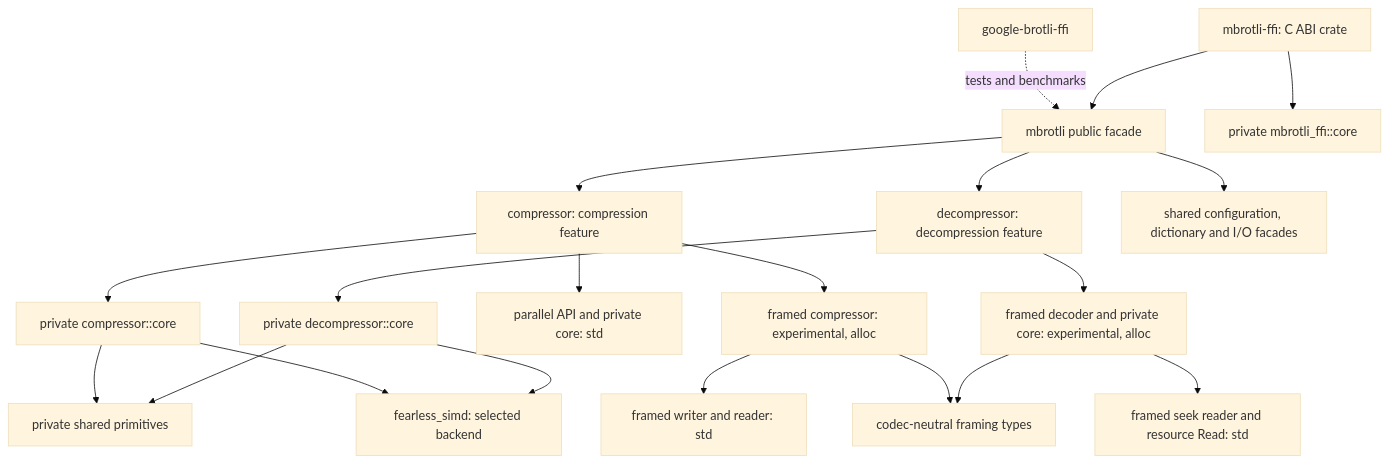
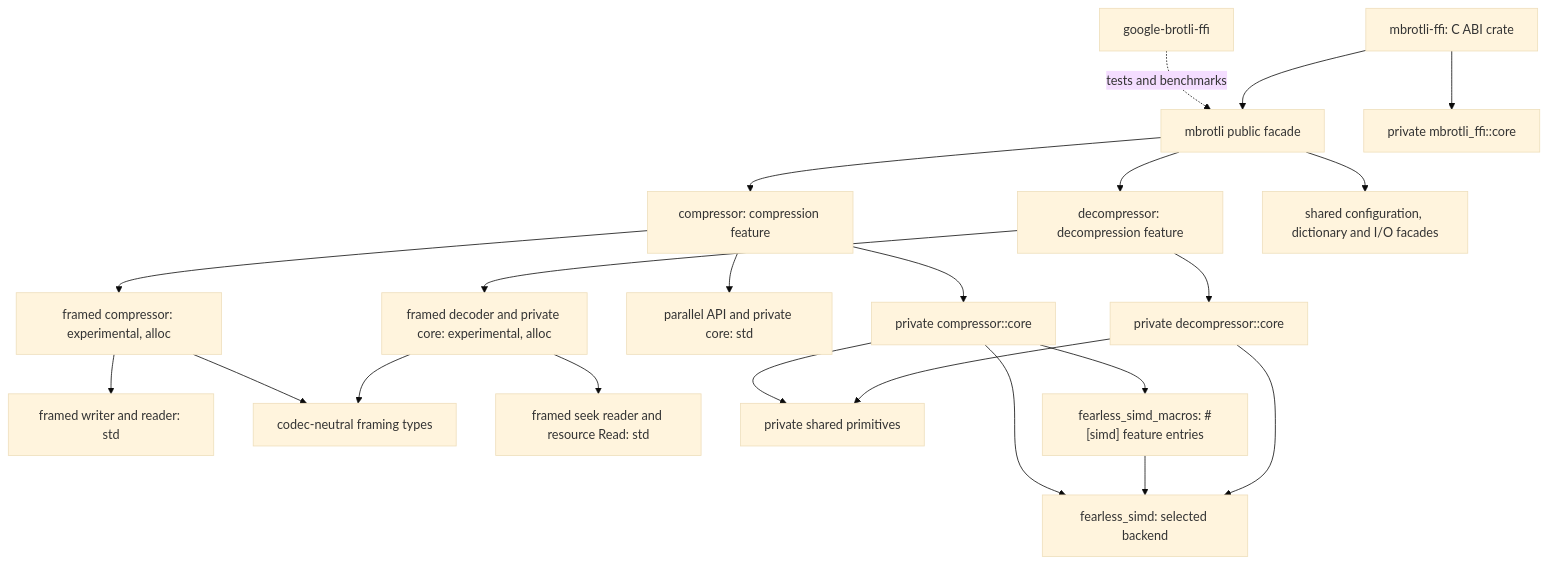
Before and after one commit to M-Compressors/mbrotli: the diagram in architecture/README.md, drawn with Mermaid (base theme). The commit also changed 21 other files, not shown here.

Commit message:
use simd macro instead of vectorizing

````diff
--- a/architecture/README.md
+++ b/architecture/README.md
@@ -9,22 +9,24 @@
 ```mermaid
 graph TD
     Root[mbrotli public facade] --> Encode[compressor: compression feature]
     Root --> Decode[decompressor: decompression feature]
     Root --> Common[shared configuration, dictionary and I/O facades]
     Encode --> ECore[private compressor::core]
     Decode --> DCore[private decompressor::core]
     Encode --> Parallel[parallel API and private core: std]
     Encode --> Framing[framed compressor: experimental, alloc]
     Framing --> FIO[framed writer and reader: std]
     Decode --> FDecode[framed decoder and private core: experimental, alloc]
     Framing --> Wire[codec-neutral framing types]
     FDecode --> Seek[framed seek reader and resource Read: std]
     FDecode --> Wire
     ECore --> Shared[private shared primitives]
     DCore --> Shared
     ECore --> SIMD[fearless_simd: selected backend]
+    ECore --> Macro["fearless_simd_macros: #[simd] feature entries"]
+    Macro --> SIMD
     DCore --> SIMD
     C[google-brotli-ffi] -. tests and benchmarks .-> Root
     CABI[mbrotli-ffi: C ABI crate] --> Root
     CABI --> CCore[private mbrotli_ffi::core]
 ```
````
